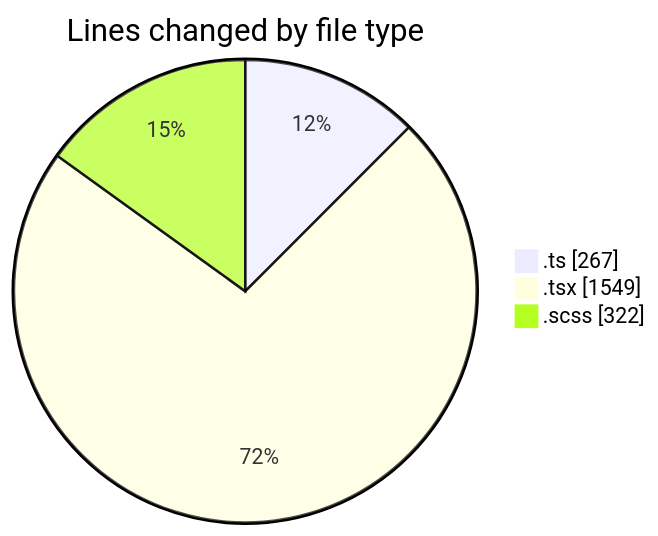
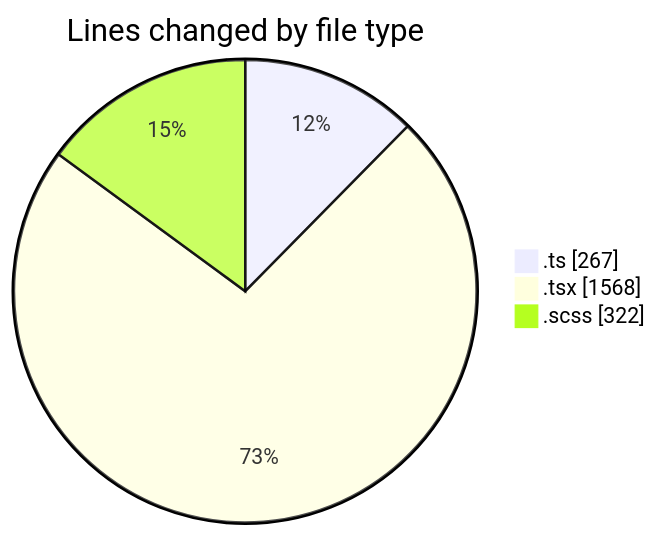
One commit to momahboobian/code-tracking changed the first of 2 diagrams in 2025-05-01/cda/README.md. Above: the diagram before and after it, drawn with Mermaid. The commit also changed other lines of this file and 1 other file, not shown here.

````diff
--- a/2025-05-01/cda/README.md
+++ b/2025-05-01/cda/README.md
@@ -31,7 +31,7 @@
 ```mermaid
 pie showData
 title Lines changed by file type
 ".ts" : 267
-".tsx" : 1549
+".tsx" : 1568
 ".scss" : 322
 ```
````
